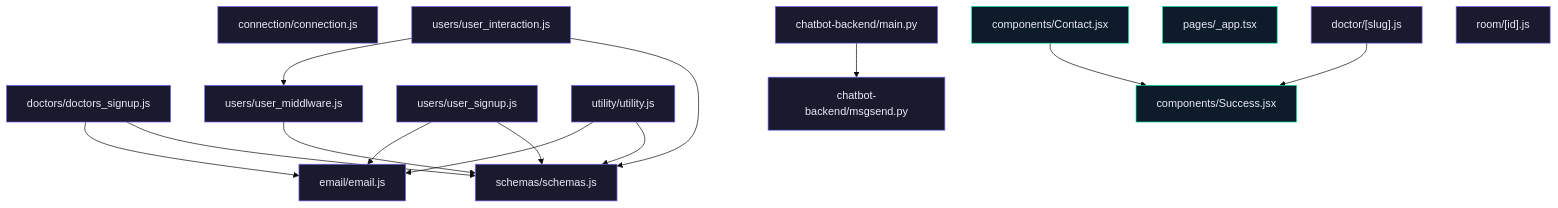
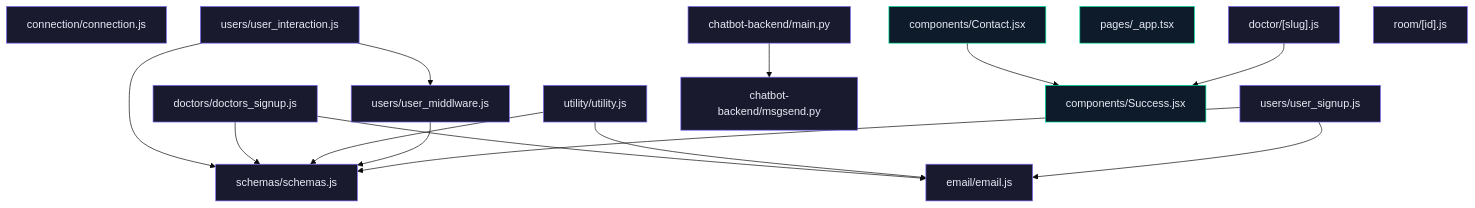
One commit to ArifRahaman/JU-Srijan-Healthcare-website changed the diagram in README.md. Above: the diagram before and after it, drawn with Mermaid (base theme). The commit also changed other lines of this file, not shown here.

````diff
--- a/README.md
+++ b/README.md
@@ -110,50 +110,50 @@
 ```mermaid
 flowchart TD
     backend_connection_connection_js["connection/connection.js"]
     backend_email_email_js["email/email.js"]
     backend_routers_doctors_doctors_signup_js["doctors/doctors_signup.js"]
     backend_routers_users_user_interaction_js["users/user_interaction.js"]
     backend_routers_users_user_middlware_js["users/user_middlware.js"]
     backend_routers_users_user_signup_js["users/user_signup.js"]
     backend_routers_utility_utility_js["utility/utility.js"]
     backend_schemas_schemas_js["schemas/schemas.js"]
     chatbot_backend_main_py["chatbot-backend/main.py"]
     chatbot_backend_msgsend_py["chatbot-backend/msgsend.py"]
     frontend_components_Contact_jsx["components/Contact.jsx"]
     frontend_components_Success_jsx["components/Success.jsx"]
     frontend_pages__app_tsx["pages/_app.tsx"]
     frontend_pages_doctor__slug__js["doctor/[slug].js"]
     frontend_pages_room__id__js["room/[id].js"]
 
     chatbot_backend_main_py --> chatbot_backend_msgsend_py
+    backend_routers_users_user_interaction_js --> backend_schemas_schemas_js
+    backend_routers_users_user_interaction_js --> backend_routers_users_user_middlware_js
     backend_routers_doctors_doctors_signup_js --> backend_email_email_js
     backend_routers_doctors_doctors_signup_js --> backend_schemas_schemas_js
-    backend_routers_users_user_middlware_js --> backend_schemas_schemas_js
     backend_routers_utility_utility_js --> backend_email_email_js
     backend_routers_utility_utility_js --> backend_schemas_schemas_js
+    backend_routers_users_user_middlware_js --> backend_schemas_schemas_js
     backend_routers_users_user_signup_js --> backend_email_email_js
     backend_routers_users_user_signup_js --> backend_schemas_schemas_js
-    backend_routers_users_user_interaction_js --> backend_routers_users_user_middlware_js
-    backend_routers_users_user_interaction_js --> backend_schemas_schemas_js
     frontend_components_Contact_jsx --> frontend_components_Success_jsx
     frontend_pages_doctor__slug__js --> frontend_components_Success_jsx
 
     classDef backend fill:#1a1a2e,stroke:#7c6cf8,color:#e8eaf6
     classDef frontend fill:#0d1b2a,stroke:#00e8a2,color:#e8eaf6
     classDef config fill:#1a0a0a,stroke:#f5a623,color:#e8eaf6
     class backend_connection_connection_js backend
     class backend_email_email_js backend
     class backend_routers_doctors_doctors_signup_js backend
     class backend_routers_users_user_interaction_js backend
     class backend_routers_users_user_middlware_js backend
     class backend_routers_users_user_signup_js backend
     class backend_routers_utility_utility_js backend
     class backend_schemas_schemas_js backend
     class chatbot_backend_main_py backend
     class chatbot_backend_msgsend_py backend
     class frontend_components_Contact_jsx frontend
     class frontend_components_Success_jsx frontend
     class frontend_pages__app_tsx frontend
     class frontend_pages_doctor__slug__js backend
     class frontend_pages_room__id__js backend
 ```
````
